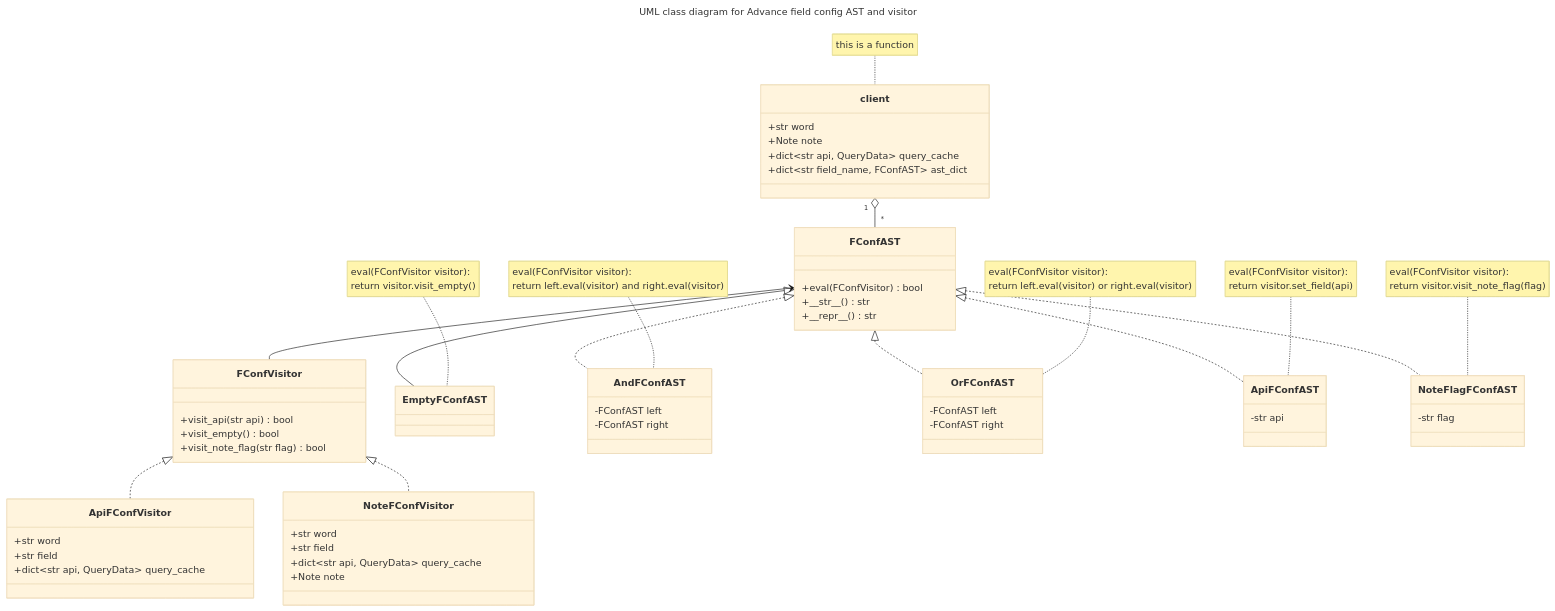
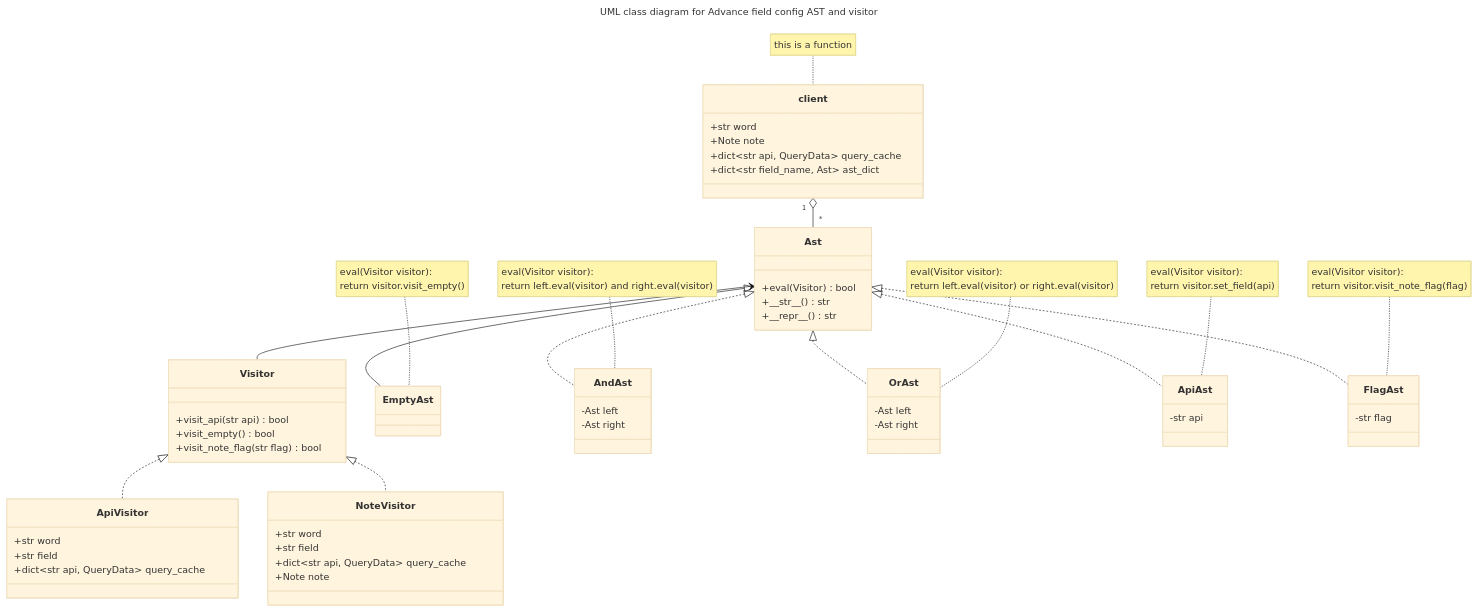
The diagram in docs/adv_conf.md (joexzh/Dict2Anki), drawn with Mermaid (base theme) before and after one commit. The commit also changed other lines of this file and 7 other files, not shown here.

````diff
--- a/docs/adv_conf.md
+++ b/docs/adv_conf.md
@@ -35,88 +35,88 @@
         +str word
         +Note note
         +dict~str api, QueryData~ query_cache
-        +dict~str field_name, FConfAST~ ast_dict
+        +dict~str field_name, Ast~ ast_dict
     }
 
     note for client "this is a function"
 
-    client "1" o-- "*" FConfAST
+    client "1" o-- "*" Ast
 
-    class FConfVisitor{
+    class Visitor{
         +visit_api(str api) bool
         +visit_empty() bool
         +visit_note_flag(str flag) bool
     }
 
-    class ApiFConfVisitor{
+    class ApiVisitor{
         +str word
         +str field
         +dict~str api, QueryData~ query_cache
     }
 
-    FConfVisitor <|.. ApiFConfVisitor
+    Visitor <|.. ApiVisitor
 
-    class NoteFConfVisitor{
+    class NoteVisitor{
         +str word
         +str field
         +dict~str api, QueryData~ query_cache
         +Note note
     }
 
-    FConfVisitor <|.. NoteFConfVisitor
+    Visitor <|.. NoteVisitor
 
-    class FConfAST{
-        +eval(FConfVisitor) bool
+    class Ast{
+        +eval(Visitor) bool
         +\_\_str\_\_() str
         +\_\_repr\_\_() str
     }
 
-    FConfAST <-- FConfVisitor
+    Ast <-- Visitor
 
-    class EmptyFConfAST{
+    class EmptyAst{
 
     }
 
-    FConfAST <|-- EmptyFConfAST
+    Ast <|-- EmptyAst
 
-    note for EmptyFConfAST "eval(FConfVisitor visitor):
+    note for EmptyAst "eval(Visitor visitor):
     return visitor.visit_empty()"
 
-    class AndFConfAST{
-        -FConfAST left
-        -FConfAST right
+    class AndAst{
+        -Ast left
+        -Ast right
     }
 
-    note for AndFConfAST "eval(FConfVisitor visitor):
+    note for AndAst "eval(Visitor visitor):
     return left.eval(visitor) and right.eval(visitor)"
 
-    FConfAST <|.. AndFConfAST
+    Ast <|.. AndAst
 
-    class OrFConfAST{
-        -FConfAST left
-        -FConfAST right
+    class OrAst{
+        -Ast left
+        -Ast right
     }
 
-    note for OrFConfAST "eval(FConfVisitor visitor):
+    note for OrAst "eval(Visitor visitor):
     return left.eval(visitor) or right.eval(visitor)"
 
-    FConfAST <|.. OrFConfAST
+    Ast <|.. OrAst
 
-    class ApiFConfAST{
+    class ApiAst{
         -str api
     }
 
-    note for ApiFConfAST "eval(FConfVisitor visitor):
+    note for ApiAst "eval(Visitor visitor):
     return visitor.set_field(api)"
 
-    FConfAST <|.. ApiFConfAST
+    Ast <|.. ApiAst
 
-    class NoteFlagFConfAST{
+    class FlagAst{
         -str flag
     }
 
-    note for NoteFlagFConfAST "eval(FConfVisitor visitor):
+    note for FlagAst "eval(Visitor visitor):
     return visitor.visit_note_flag(flag)"
 
-    FConfAST <|.. NoteFlagFConfAST
+    Ast <|.. FlagAst
 ```
````
